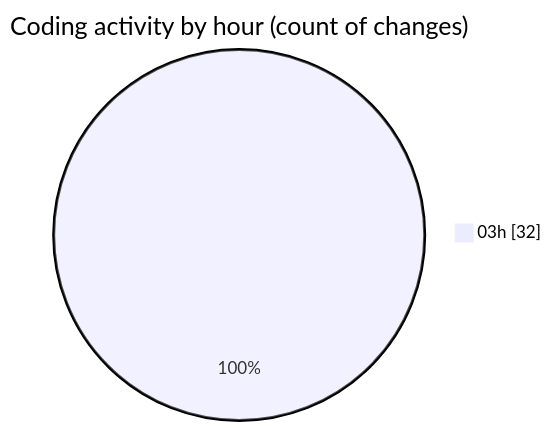
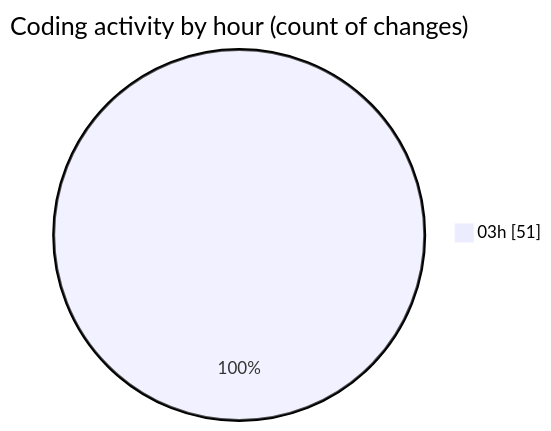
The second of 2 diagrams in repositories/2024-12-28/leetcode-solutions/README.md (ernivani/code-tracking), drawn with Mermaid before and after one commit. The commit also changed other lines of this file and 1 other file, not shown here.

````diff
--- a/repositories/2024-12-28/leetcode-solutions/README.md
+++ b/repositories/2024-12-28/leetcode-solutions/README.md
@@ -38,5 +41,5 @@
 ```mermaid
 pie showData
 title Coding activity by hour (count of changes)
-"03h" : 32
+"03h" : 51
 ```
````
